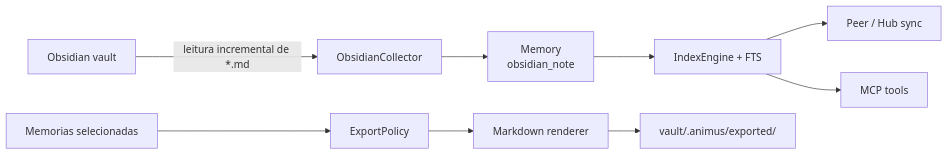
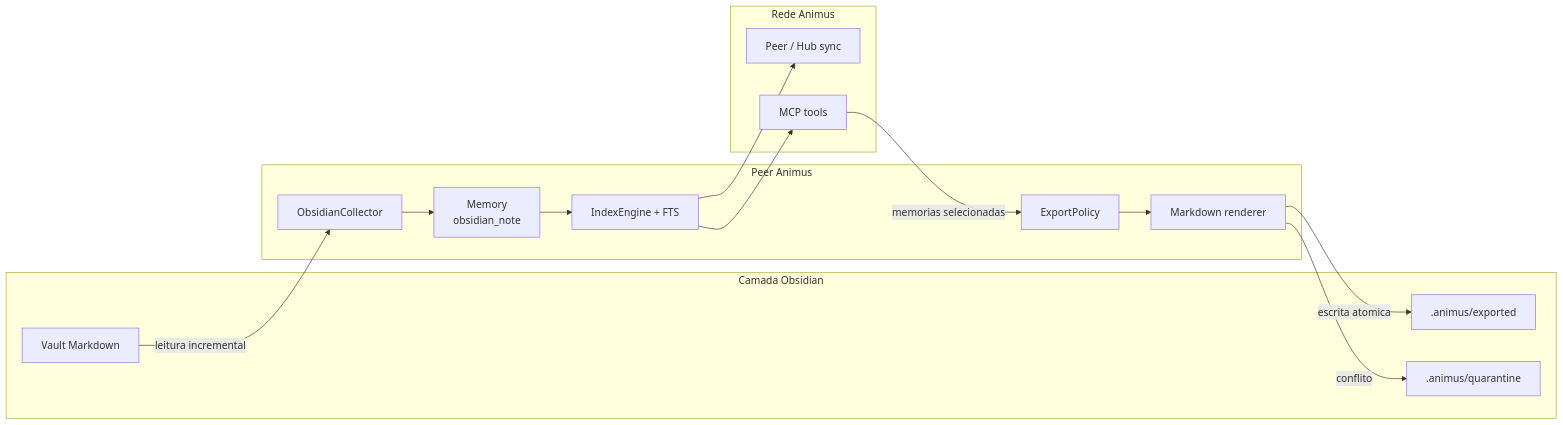
Before and after one commit to GuilhermeP96/animus: the first of 6 diagrams in docs/PLANO-INTEGRACAO-OBSIDIAN.md, drawn with Mermaid. The commit also changed other lines of this file and 1 other file, not shown here.

Commit message:
docs: atualizar referencia obsidian e diagramas

````diff
--- a/docs/PLANO-INTEGRACAO-OBSIDIAN.md
+++ b/docs/PLANO-INTEGRACAO-OBSIDIAN.md
@@ -69,11 +69,30 @@
 ```mermaid
 flowchart LR
-  vault["Obsidian vault"] -->|"leitura incremental de *.md"| collector["ObsidianCollector"]
-  collector --> memory["Memory<br/>obsidian_note"]
-  memory --> index["IndexEngine + FTS"]
-  index --> sync["Peer / Hub sync"]
-  index --> mcp["MCP tools"]
-  selected["Memorias selecionadas"] --> policy["ExportPolicy"]
-  policy --> renderer["Markdown renderer"]
-  renderer --> exported["vault/.animus/exported/"]
+  subgraph vaultLayer["Camada Obsidian"]
+    vault["Vault Markdown"]
+    managed[".animus/exported"]
+    quarantine[".animus/quarantine"]
+  end
+
+  subgraph peerLayer["Peer Animus"]
+    collector["ObsidianCollector"]
+    memory["Memory\nobsidian_note"]
+    index["IndexEngine + FTS"]
+    policy["ExportPolicy"]
+    renderer["Markdown renderer"]
+  end
+
+  subgraph networkLayer["Rede Animus"]
+    sync["Peer / Hub sync"]
+    mcp["MCP tools"]
+  end
+
+  vault -->|"leitura incremental"| collector
+  collector --> memory --> index
+  index --> sync
+  index --> mcp
+  mcp -->|"memorias selecionadas"| policy
+  policy --> renderer
+  renderer -->|"escrita atomica"| managed
+  renderer -->|"conflito"| quarantine
 ```
````
